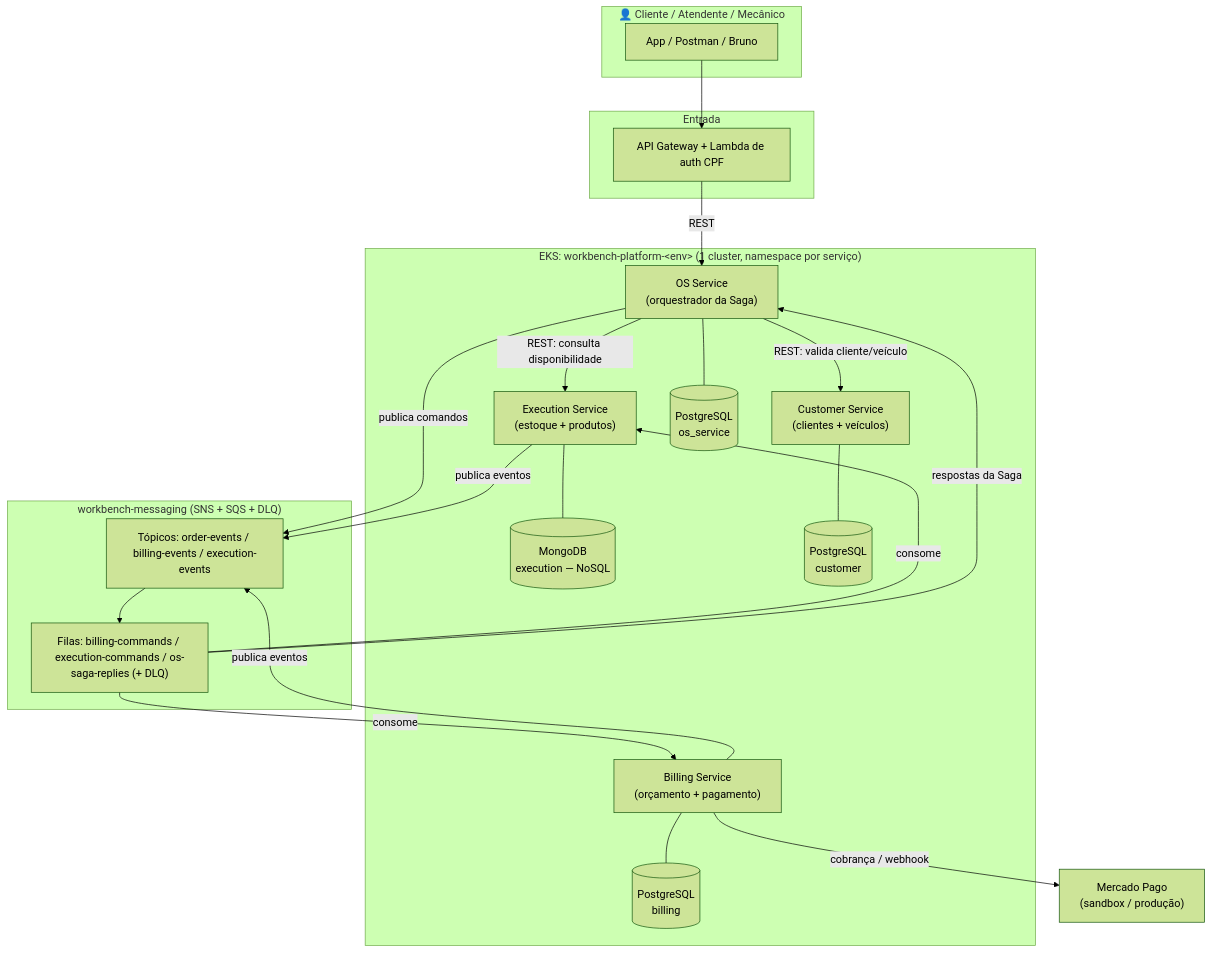
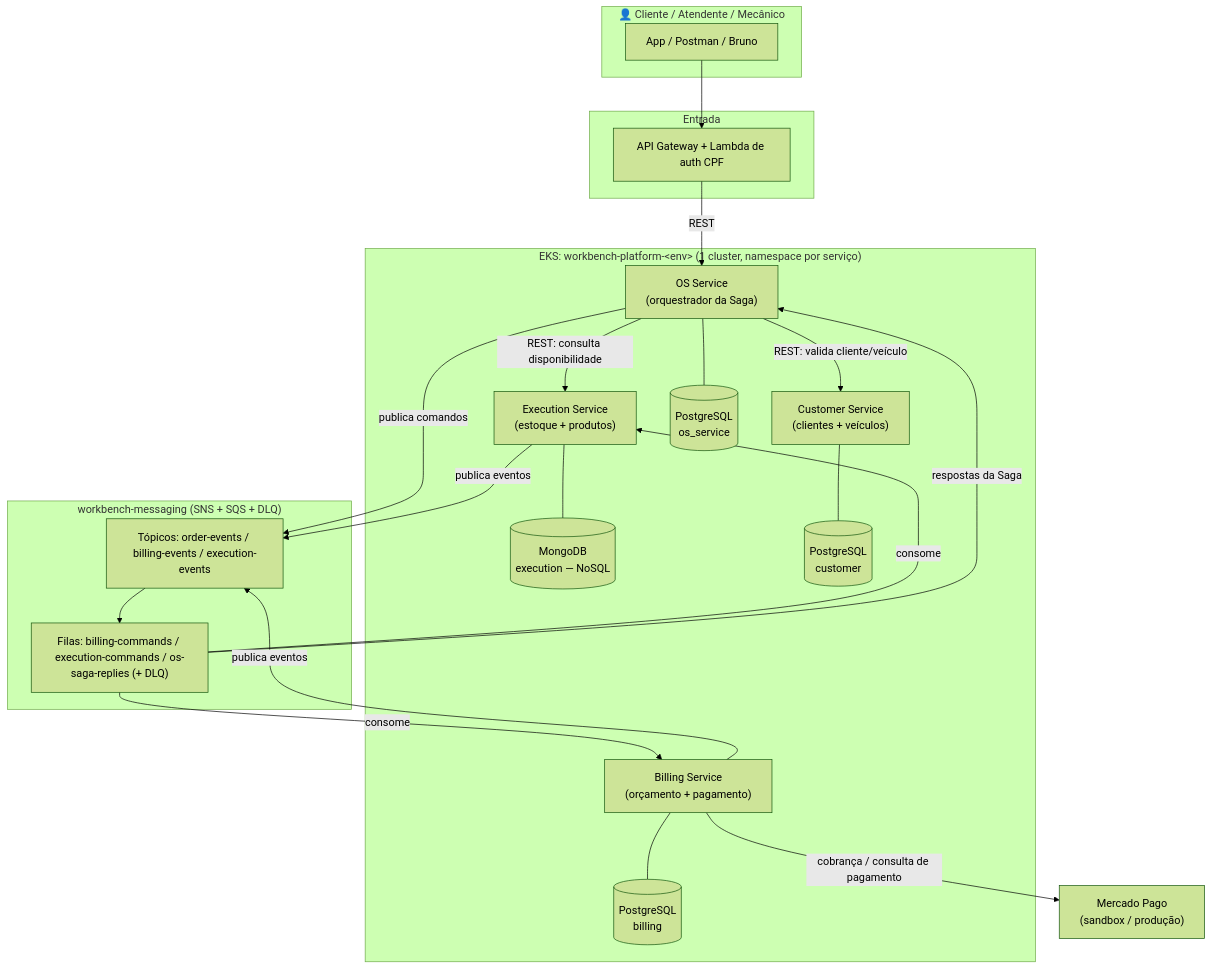
Before and after one commit to TechChalleng-FIAP-SOAT/workbench-technical-documentation: the first of 3 diagrams in 01 - Arquitetura/Arquitetura e Saga - Visao Completa.md, drawn with Mermaid (forest theme). The commit also changed other lines of this file and 12 other files, not shown here.

````diff
--- a/01 - Arquitetura/Arquitetura e Saga - Visao Completa.md
+++ b/01 - Arquitetura/Arquitetura e Saga - Visao Completa.md
@@ -33,50 +33,50 @@
 ```mermaid
 graph TB
     subgraph Cliente["👤 Cliente / Atendente / Mecânico"]
         U[App / Postman / Bruno]
     end
 
     subgraph Gateway["Entrada"]
         GW[API Gateway + Lambda de auth CPF]
     end
 
     subgraph Plataforma["EKS: workbench-platform-&lt;env&gt; (1 cluster, namespace por serviço)"]
         OS["OS Service<br/>(orquestrador da Saga)"]
         BILL["Billing Service<br/>(orçamento + pagamento)"]
         EXEC["Execution Service<br/>(estoque + produtos)"]
         CUST["Customer Service<br/>(clientes + veículos)"]
 
         OSDB[("PostgreSQL<br/>os_service")]
         BILLDB[("PostgreSQL<br/>billing")]
         EXECDB[("MongoDB<br/>execution — NoSQL")]
         CUSTDB[("PostgreSQL<br/>customer")]
 
         OS --- OSDB
         BILL --- BILLDB
         EXEC --- EXECDB
         CUST --- CUSTDB
     end
 
     subgraph Broker["workbench-messaging (SNS + SQS + DLQ)"]
         TOPICS["Tópicos: order-events / billing-events / execution-events"]
         QUEUES["Filas: billing-commands / execution-commands / os-saga-replies (+ DLQ)"]
     end
 
     MP["Mercado Pago<br/>(sandbox / produção)"]
 
     U --> GW
     GW -->|REST| OS
 
     OS -->|REST: valida cliente/veículo| CUST
     OS -->|REST: consulta disponibilidade| EXEC
 
     OS -->|publica comandos| TOPICS
     TOPICS --> QUEUES
     QUEUES -->|consome| EXEC
     QUEUES -->|consome| BILL
     EXEC -->|publica eventos| TOPICS
     BILL -->|publica eventos| TOPICS
     QUEUES -->|respostas da Saga| OS
 
-    BILL -->|cobrança / webhook| MP
+    BILL -->|cobrança / consulta de pagamento| MP
 ```
````
